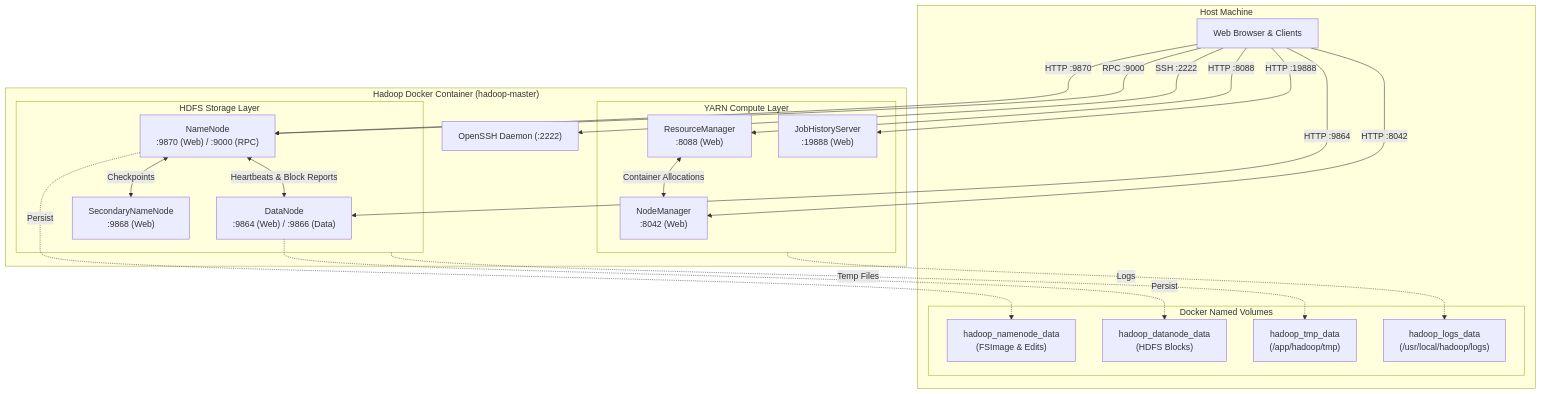
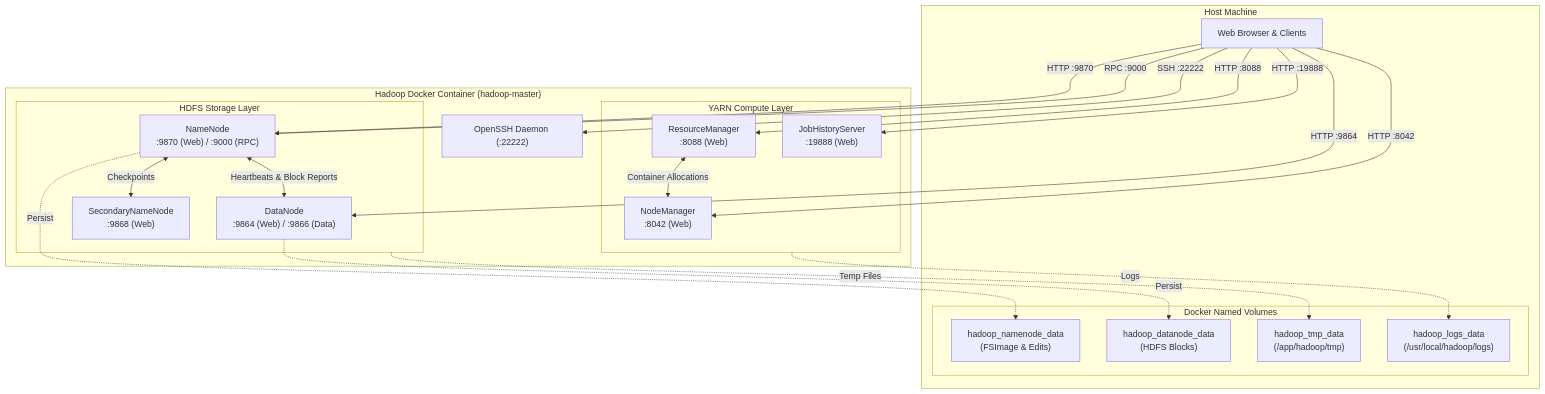
The diagram in README.md (Sohila-Khaled-Abbas/docker-hadoop), drawn with Mermaid before and after one commit. The commit also changed other lines of this file and 6 other files, not shown here.

````diff
--- a/README.md
+++ b/README.md
@@ -58,45 +62,45 @@
 ```mermaid
 graph TB
     subgraph Host["Host Machine"]
         Browser["Web Browser & Clients"]
         subgraph Volumes["Docker Named Volumes"]
             V_NN["hadoop_namenode_data<br/>(FSImage & Edits)"]
             V_DN["hadoop_datanode_data<br/>(HDFS Blocks)"]
             V_TMP["hadoop_tmp_data<br/>(/app/hadoop/tmp)"]
             V_LOG["hadoop_logs_data<br/>(/usr/local/hadoop/logs)"]
         end
     end
 
     subgraph Container["Hadoop Docker Container (hadoop-master)"]
         subgraph StorageLayer["HDFS Storage Layer"]
             NN["NameNode<br/>:9870 (Web) / :9000 (RPC)"]
             DN["DataNode<br/>:9864 (Web) / :9866 (Data)"]
             SNN["SecondaryNameNode<br/>:9868 (Web)"]
         end
 
         subgraph ComputeLayer["YARN Compute Layer"]
             RM["ResourceManager<br/>:8088 (Web)"]
             NM["NodeManager<br/>:8042 (Web)"]
             JHS["JobHistoryServer<br/>:19888 (Web)"]
         end
 
-        SSHD["OpenSSH Daemon (:2222)"]
+        SSHD["OpenSSH Daemon (:22222)"]
     end
 
     Browser -->|HTTP :9870| NN
     Browser -->|HTTP :9864| DN
     Browser -->|HTTP :8088| RM
     Browser -->|HTTP :8042| NM
     Browser -->|HTTP :19888| JHS
     Browser -->|RPC :9000| NN
-    Browser -->|SSH :2222| SSHD
+    Browser -->|SSH :22222| SSHD
 
     NN <-->|Heartbeats & Block Reports| DN
     NN <-->|Checkpoints| SNN
     RM <-->|Container Allocations| NM
 
     NN -.->|Persist| V_NN
     DN -.->|Persist| V_DN
     StorageLayer -.->|Temp Files| V_TMP
     ComputeLayer -.->|Logs| V_LOG
 ```
````
